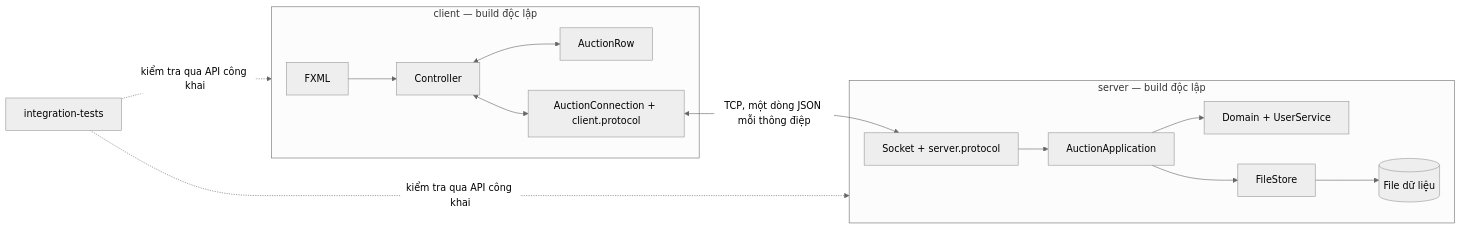
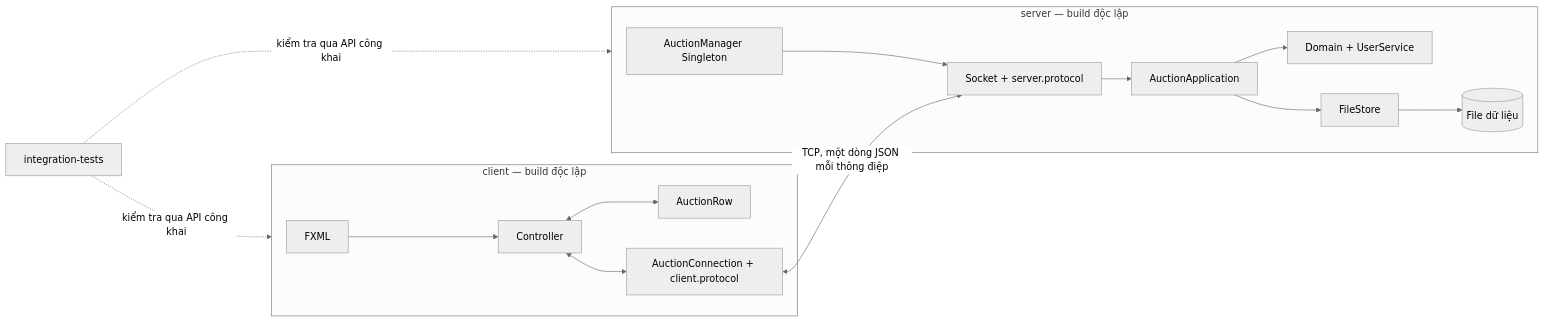
Before and after one commit to lphucxyz-alt/auction-system: the first of 2 diagrams in docs/architecture.md, drawn with Mermaid (neutral theme). The commit also changed other lines of this file and 56 other files, not shown here.

````diff
--- a/docs/architecture.md
+++ b/docs/architecture.md
@@ -5,17 +5,18 @@
 ```mermaid
 flowchart LR
   subgraph Client[client — build độc lập]
     V[FXML] --> C[Controller]
     C <--> M[AuctionRow]
     C <--> N[AuctionConnection + client.protocol]
   end
   subgraph Server[server — build độc lập]
-    S[Socket + server.protocol] --> A[AuctionApplication]
+    G[AuctionManager Singleton] --> S[Socket + server.protocol]
+    S --> A[AuctionApplication]
     A --> D[Domain + UserService]
     A --> DAO[FileStore]
     DAO --> F[(File dữ liệu)]
   end
   N <-->|TCP, một dòng JSON mỗi thông điệp| S
   T[integration-tests] -.kiểm tra qua API công khai.-> Client
   T -.kiểm tra qua API công khai.-> Server
 ```
````
